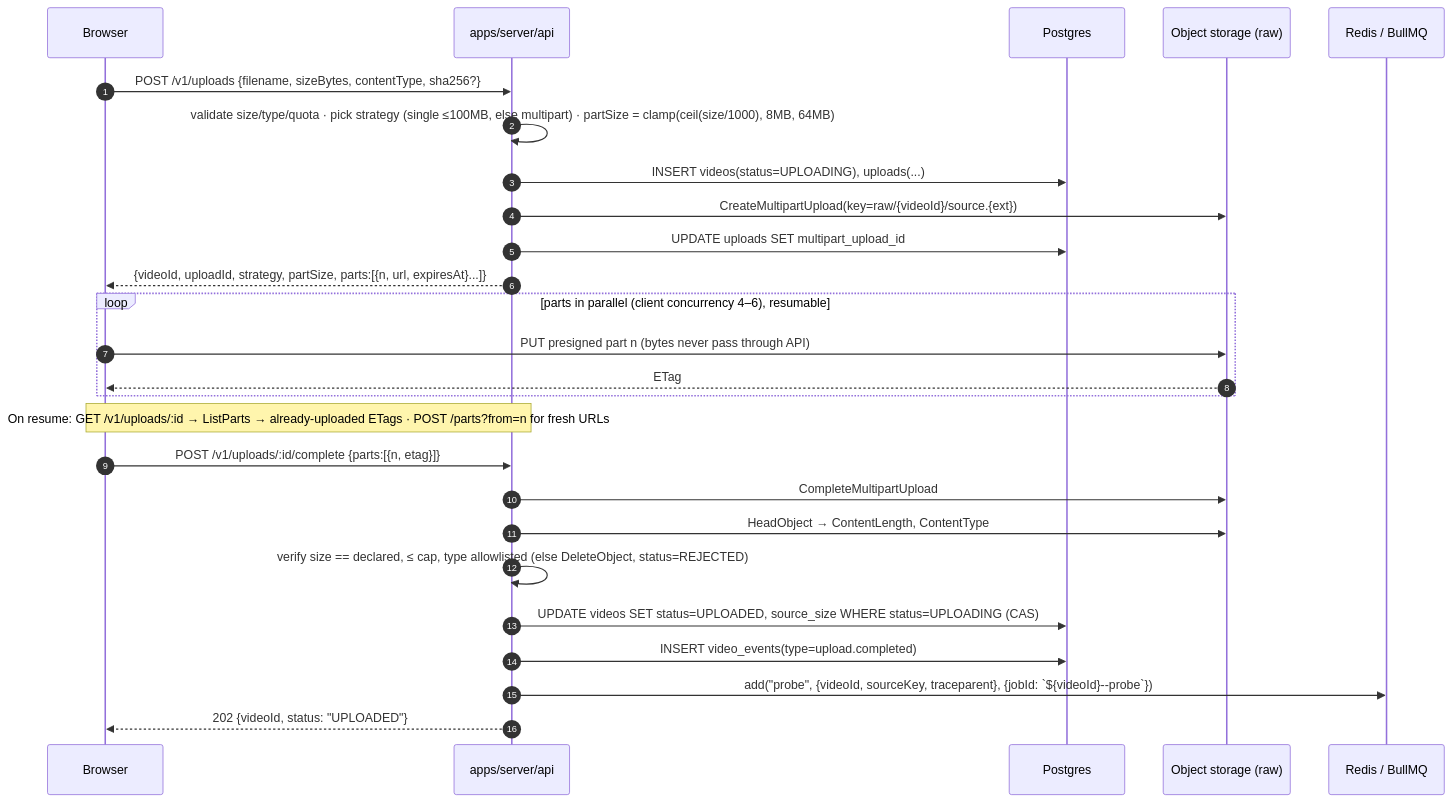
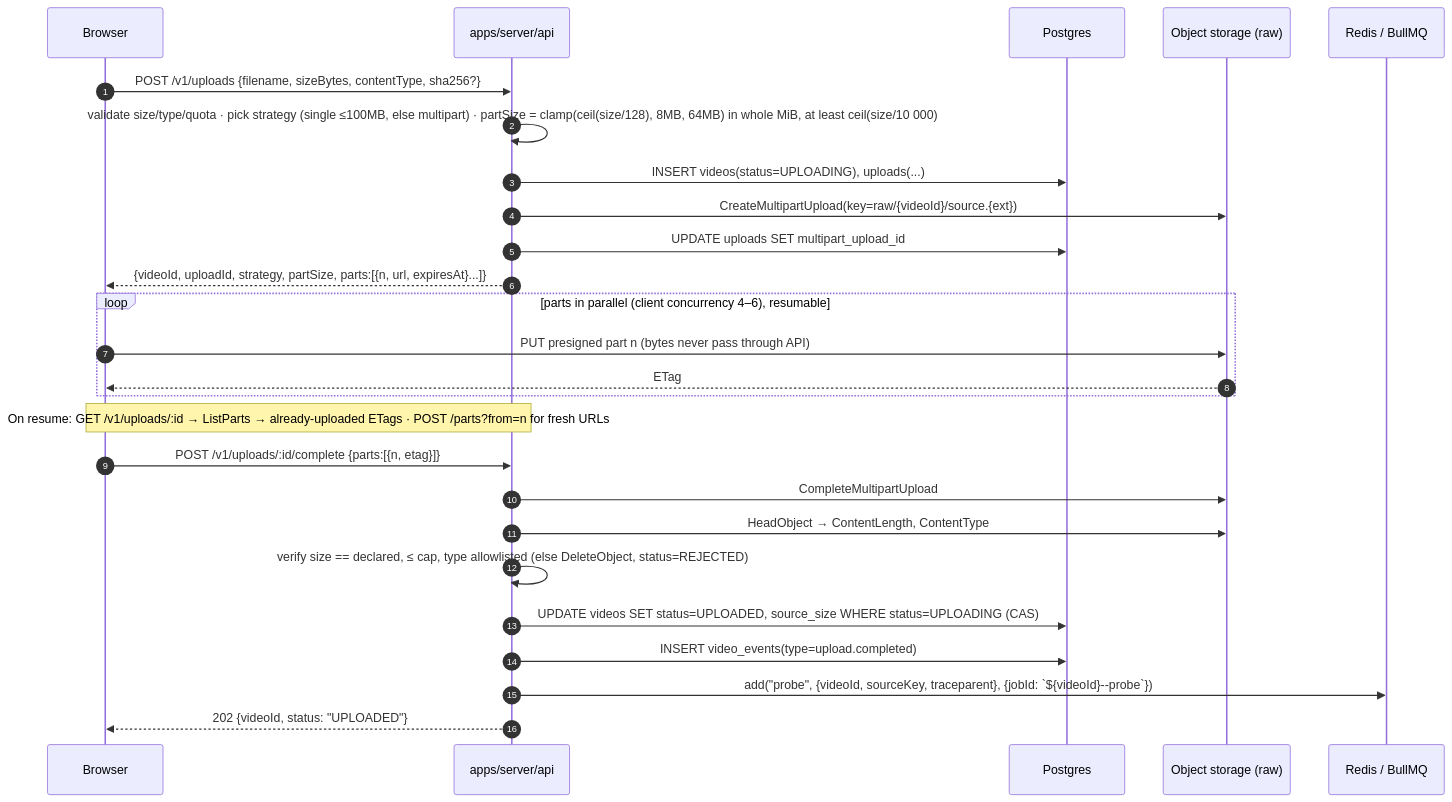
The second of 9 diagrams in docs/SDD.md (szebest/taitube-platform), drawn with Mermaid before and after one commit. The commit also changed 2 other files, not shown here.

Commit message:
109: size parts for about 128 per upload, inside the 10 000 part ceiling

````diff
--- a/docs/SDD.md
+++ b/docs/SDD.md
@@ -164,29 +164,29 @@
 ```mermaid
 sequenceDiagram
     autonumber
     participant B as Browser
     participant API as apps/server/api
     participant PG as Postgres
     participant S3 as Object storage (raw)
     participant Q as Redis / BullMQ
 
     B->>API: POST /v1/uploads {filename, sizeBytes, contentType, sha256?}
-    API->>API: validate size/type/quota · pick strategy (single ≤100MB, else multipart) · partSize = clamp(ceil(size/1000), 8MB, 64MB)
+    API->>API: validate size/type/quota · pick strategy (single ≤100MB, else multipart) · partSize = clamp(ceil(size/128), 8MB, 64MB) in whole MiB, at least ceil(size/10 000)
     API->>PG: INSERT videos(status=UPLOADING), uploads(...)
     API->>S3: CreateMultipartUpload(key=raw/{videoId}/source.{ext})
     API->>PG: UPDATE uploads SET multipart_upload_id
     API-->>B: {videoId, uploadId, strategy, partSize, parts:[{n, url, expiresAt}...]}
     loop parts in parallel (client concurrency 4–6), resumable
         B->>S3: PUT presigned part n  (bytes never pass through API)
         S3-->>B: ETag
     end
     Note over B,API: On resume: GET /v1/uploads/:id → ListParts → already-uploaded ETags · POST /parts?from=n for fresh URLs
     B->>API: POST /v1/uploads/:id/complete {parts:[{n, etag}]}
     API->>S3: CompleteMultipartUpload
     API->>S3: HeadObject → ContentLength, ContentType
     API->>API: verify size == declared, ≤ cap, type allowlisted (else DeleteObject, status=REJECTED)
     API->>PG: UPDATE videos SET status=UPLOADED, source_size WHERE status=UPLOADING (CAS)
     API->>PG: INSERT video_events(type=upload.completed)
     API->>Q: add("probe", {videoId, sourceKey, traceparent}, {jobId: `${videoId}--probe`})
     API-->>B: 202 {videoId, status: "UPLOADED"}
 ```
````
